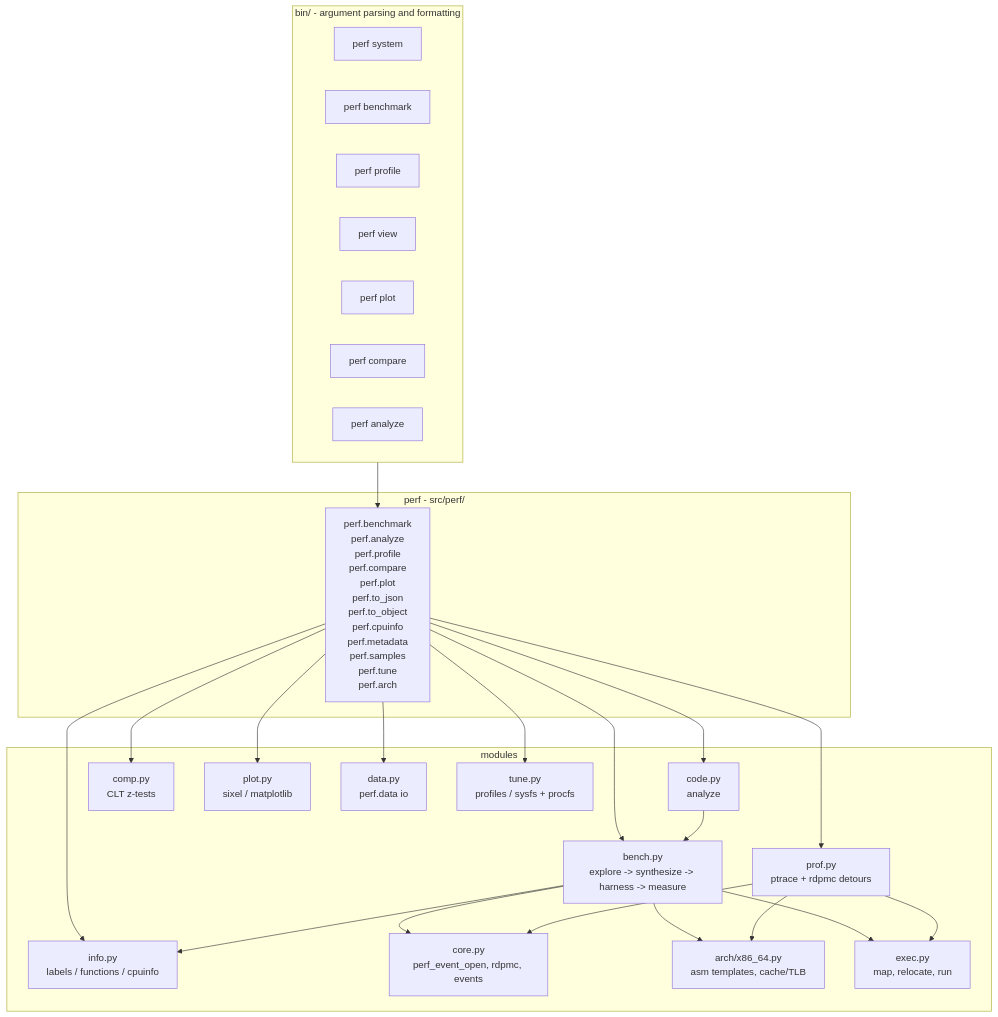
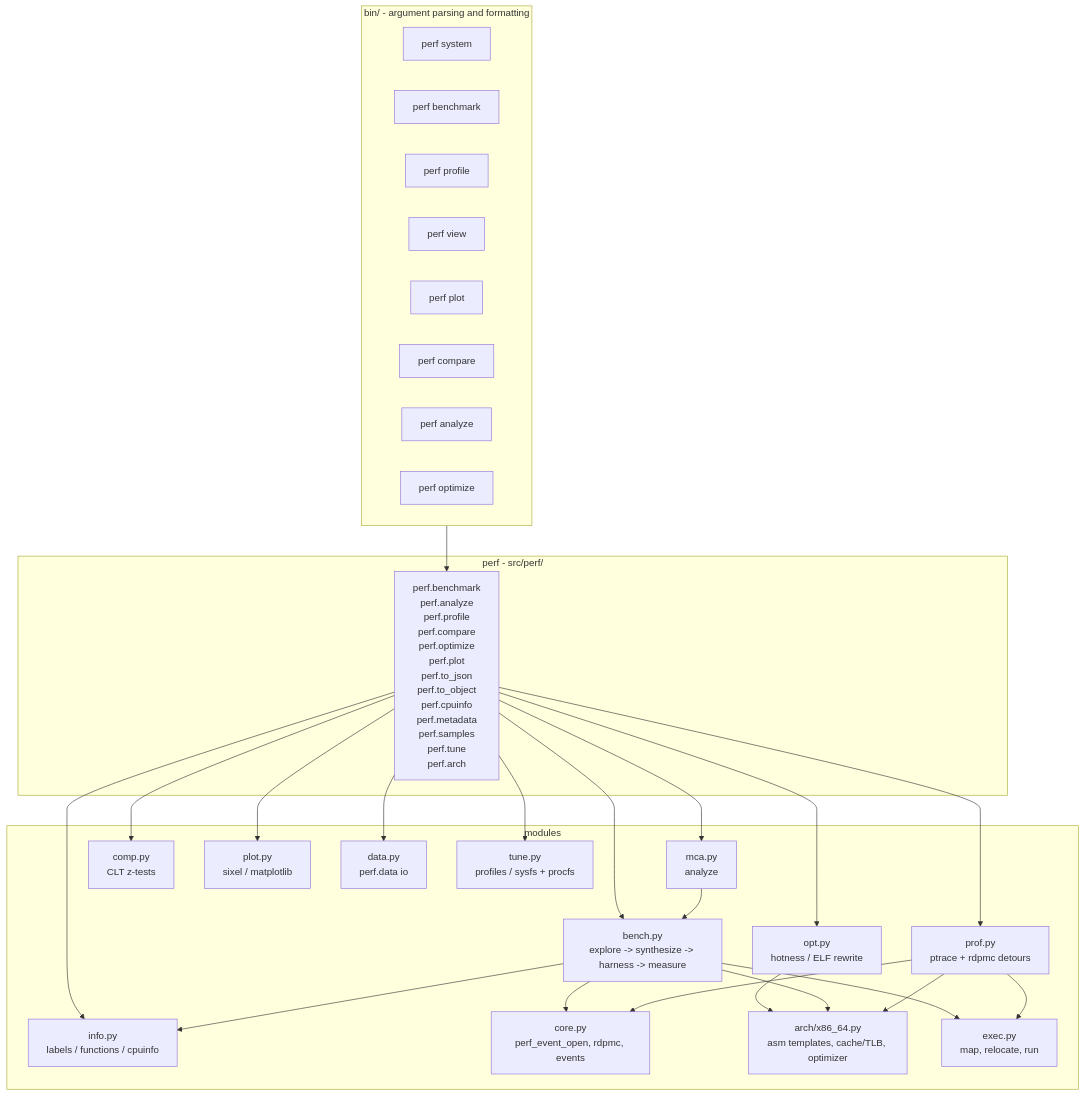
The first of 2 diagrams in src/README.md (perf-labs/perf), drawn with Mermaid before and after one commit. The commit also changed other lines of this file and 61 other files, not shown here.

Commit message:
:new: [bin] perf optimize

````diff
--- a/src/README.md
+++ b/src/README.md
@@ -7,45 +7,49 @@
 ```mermaid
 flowchart TD
     subgraph cli["bin/ - argument parsing and formatting"]
         info[perf system]
         bench[perf benchmark]
         prof[perf profile]
         view[perf view]
         plot[perf plot]
         comp[perf compare]
         analyze[perf analyze]
+        optimize[perf optimize]
     end
     subgraph lib["perf - src/perf/"]
-        api["perf.benchmark<br/>perf.analyze<br/>perf.profile<br/>perf.compare<br/>perf.plot<br/>perf.to_json<br/>perf.to_object<br/>perf.cpuinfo<br/>perf.metadata<br/>perf.samples<br/>perf.tune<br/>perf.arch"]
+        api["perf.benchmark<br/>perf.analyze<br/>perf.profile<br/>perf.compare<br/>perf.optimize<br/>perf.plot<br/>perf.to_json<br/>perf.to_object<br/>perf.cpuinfo<br/>perf.metadata<br/>perf.samples<br/>perf.tune<br/>perf.arch"]
     end
     subgraph core["modules"]
         bench_m["bench.py<br/>explore -> synthesize -> harness -> measure"]
-        code_m["code.py<br/>analyze"]
+        mca_m["mca.py<br/>analyze"]
+        opt_m["opt.py<br/>hotness / ELF rewrite"]
         prof_m["prof.py<br/>ptrace + rdpmc detours"]
         comp_m["comp.py<br/>CLT z-tests"]
         plot_m["plot.py<br/>sixel / matplotlib"]
         data_m["data.py<br/>perf.data io"]
         info_m["info.py<br/>labels / functions / cpuinfo"]
         tune_m["tune.py<br/>profiles / sysfs + procfs"]
         core_m["core.py<br/>perf_event_open, rdpmc, events"]
-        arch_m["arch/x86_64.py<br/>asm templates, cache/TLB"]
+        arch_m["arch/x86_64.py<br/>asm templates, cache/TLB, optimizer"]
         elf_m["exec.py<br/>map, relocate, run"]
     end
     cli --> api
     api --> bench_m
-    api --> code_m
+    api --> mca_m
+    api --> opt_m
     api --> prof_m
     api --> comp_m
     api --> plot_m
     api --> data_m
     api --> info_m
     api --> tune_m
+    opt_m --> arch_m
     bench_m --> core_m
     bench_m --> arch_m
     bench_m --> elf_m
     bench_m --> info_m
-    code_m --> bench_m
+    mca_m --> bench_m
     prof_m --> core_m
     prof_m --> arch_m
     prof_m --> elf_m
 ```
````
